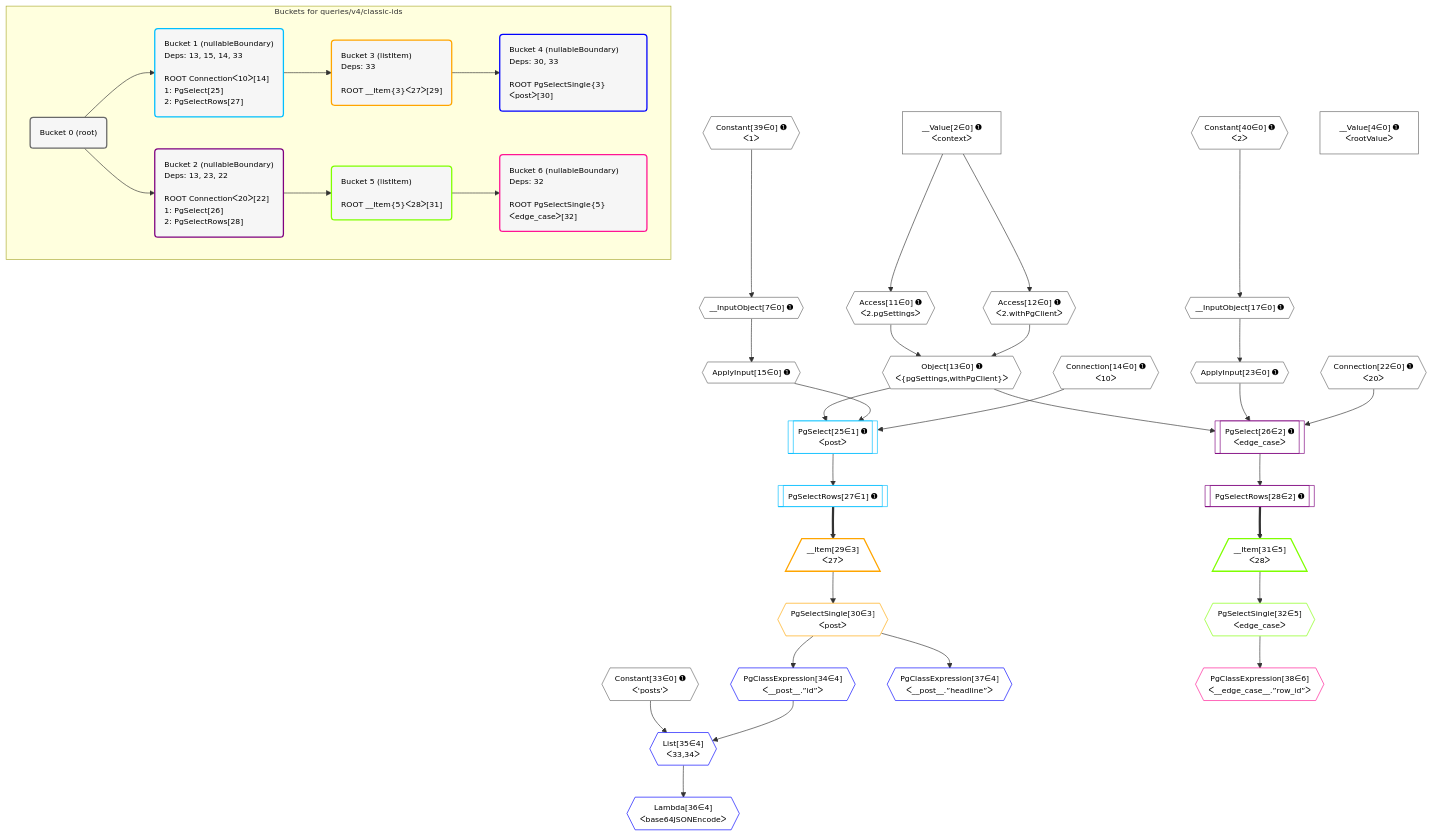
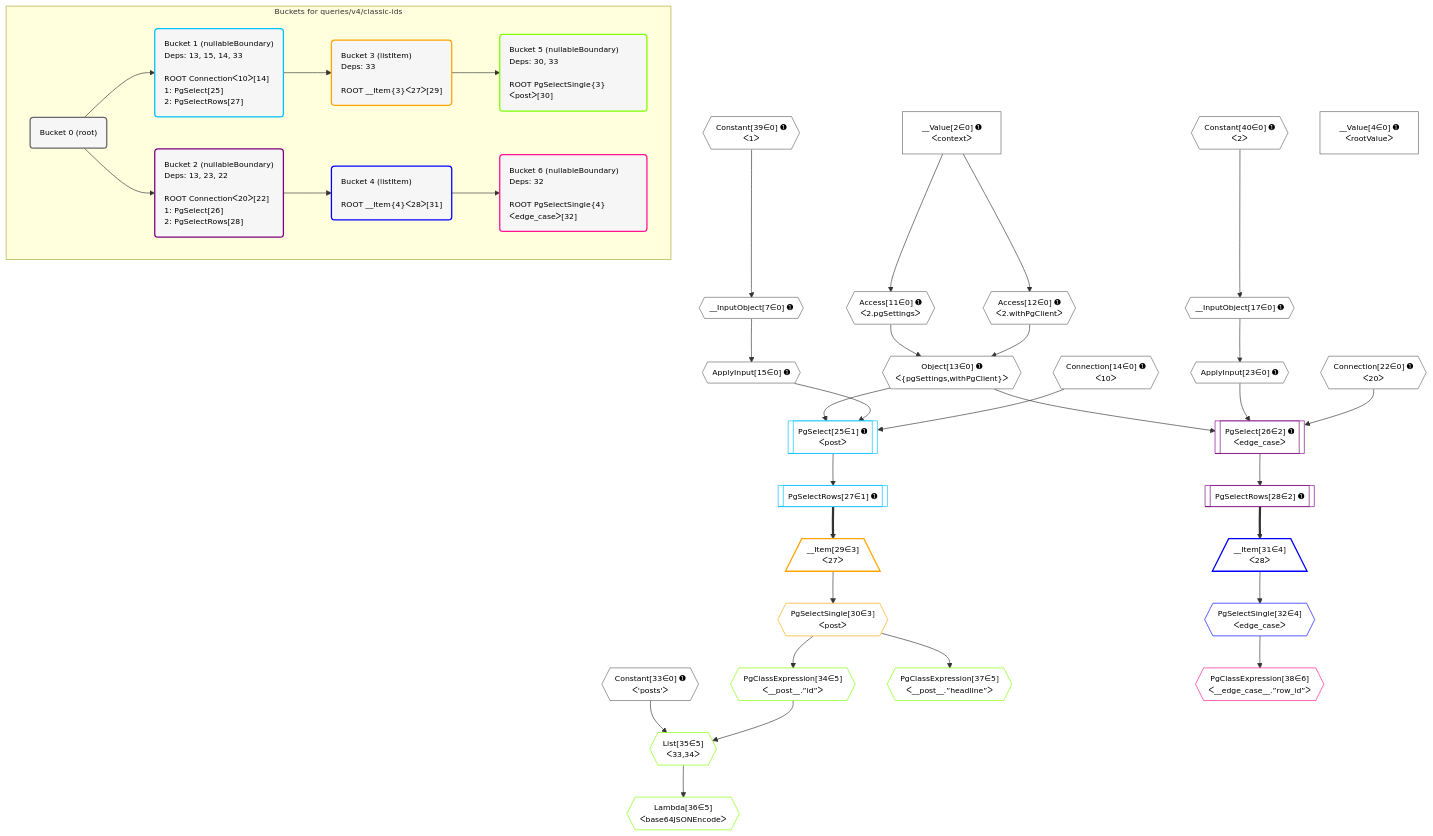
The diagram in postgraphile/postgraphile/__tests__/queries/v4/classic-ids.mermaid (graphile/crystal), drawn with Mermaid before and after one commit. The commit also changed 74 other files, not shown here.

Commit message:
More mermaid

```diff
--- a/postgraphile/postgraphile/__tests__/queries/v4/classic-ids.mermaid
+++ b/postgraphile/postgraphile/__tests__/queries/v4/classic-ids.mermaid
@@ -1,88 +1,88 @@
 %%{init: {'themeVariables': { 'fontSize': '12px'}}}%%
 graph TD
     classDef path fill:#eee,stroke:#000,color:#000
     classDef plan fill:#fff,stroke-width:1px,color:#000
     classDef itemplan fill:#fff,stroke-width:2px,color:#000
     classDef unbatchedplan fill:#dff,stroke-width:1px,color:#000
     classDef sideeffectplan fill:#fcc,stroke-width:2px,color:#000
     classDef bucket fill:#f6f6f6,color:#000,stroke-width:2px,text-align:left
 
     subgraph "Buckets for queries/v4/classic-ids"
     Bucket0("Bucket 0 (root)"):::bucket
     Bucket1("Bucket 1 (nullableBoundary)<br />Deps: 13, 15, 14, 33<br /><br />ROOT Connectionᐸ10ᐳ[14]<br />1: PgSelect[25]<br />2: PgSelectRows[27]"):::bucket
     Bucket2("Bucket 2 (nullableBoundary)<br />Deps: 13, 23, 22<br /><br />ROOT Connectionᐸ20ᐳ[22]<br />1: PgSelect[26]<br />2: PgSelectRows[28]"):::bucket
     Bucket3("Bucket 3 (listItem)<br />Deps: 33<br /><br />ROOT __Item{3}ᐸ27ᐳ[29]"):::bucket
-    Bucket4("Bucket 4 (nullableBoundary)<br />Deps: 30, 33<br /><br />ROOT PgSelectSingle{3}ᐸpostᐳ[30]"):::bucket
-    Bucket5("Bucket 5 (listItem)<br /><br />ROOT __Item{5}ᐸ28ᐳ[31]"):::bucket
-    Bucket6("Bucket 6 (nullableBoundary)<br />Deps: 32<br /><br />ROOT PgSelectSingle{5}ᐸedge_caseᐳ[32]"):::bucket
+    Bucket4("Bucket 4 (listItem)<br /><br />ROOT __Item{4}ᐸ28ᐳ[31]"):::bucket
+    Bucket5("Bucket 5 (nullableBoundary)<br />Deps: 30, 33<br /><br />ROOT PgSelectSingle{3}ᐸpostᐳ[30]"):::bucket
+    Bucket6("Bucket 6 (nullableBoundary)<br />Deps: 32<br /><br />ROOT PgSelectSingle{4}ᐸedge_caseᐳ[32]"):::bucket
     end
     Bucket0 --> Bucket1 & Bucket2
     Bucket1 --> Bucket3
-    Bucket2 --> Bucket5
-    Bucket3 --> Bucket4
-    Bucket5 --> Bucket6
+    Bucket2 --> Bucket4
+    Bucket3 --> Bucket5
+    Bucket4 --> Bucket6
 
     %% plan dependencies
     __InputObject7{{"__InputObject[7∈0] ➊"}}:::plan
     Constant39{{"Constant[39∈0] ➊<br />ᐸ1ᐳ"}}:::plan
     Constant39 --> __InputObject7
     Object13{{"Object[13∈0] ➊<br />ᐸ{pgSettings,withPgClient}ᐳ"}}:::plan
     Access11{{"Access[11∈0] ➊<br />ᐸ2.pgSettingsᐳ"}}:::plan
     Access12{{"Access[12∈0] ➊<br />ᐸ2.withPgClientᐳ"}}:::plan
     Access11 & Access12 --> Object13
     __InputObject17{{"__InputObject[17∈0] ➊"}}:::plan
     Constant40{{"Constant[40∈0] ➊<br />ᐸ2ᐳ"}}:::plan
     Constant40 --> __InputObject17
     __Value2["__Value[2∈0] ➊<br />ᐸcontextᐳ"]:::plan
     __Value2 --> Access11
     __Value2 --> Access12
     ApplyInput15{{"ApplyInput[15∈0] ➊"}}:::plan
     __InputObject7 --> ApplyInput15
     ApplyInput23{{"ApplyInput[23∈0] ➊"}}:::plan
     __InputObject17 --> ApplyInput23
     __Value4["__Value[4∈0] ➊<br />ᐸrootValueᐳ"]:::plan
     Connection14{{"Connection[14∈0] ➊<br />ᐸ10ᐳ"}}:::plan
     Connection22{{"Connection[22∈0] ➊<br />ᐸ20ᐳ"}}:::plan
     Constant33{{"Constant[33∈0] ➊<br />ᐸ'posts'ᐳ"}}:::plan
     PgSelect25[["PgSelect[25∈1] ➊<br />ᐸpostᐳ"]]:::plan
     Object13 & ApplyInput15 & Connection14 --> PgSelect25
     PgSelectRows27[["PgSelectRows[27∈1] ➊"]]:::plan
     PgSelect25 --> PgSelectRows27
     __Item29[/"__Item[29∈3]<br />ᐸ27ᐳ"\]:::itemplan
     PgSelectRows27 ==> __Item29
     PgSelectSingle30{{"PgSelectSingle[30∈3]<br />ᐸpostᐳ"}}:::plan
     __Item29 --> PgSelectSingle30
-    List35{{"List[35∈4]<br />ᐸ33,34ᐳ"}}:::plan
-    PgClassExpression34{{"PgClassExpression[34∈4]<br />ᐸ__post__.”id”ᐳ"}}:::plan
+    List35{{"List[35∈5]<br />ᐸ33,34ᐳ"}}:::plan
+    PgClassExpression34{{"PgClassExpression[34∈5]<br />ᐸ__post__.”id”ᐳ"}}:::plan
     Constant33 & PgClassExpression34 --> List35
     PgSelectSingle30 --> PgClassExpression34
-    Lambda36{{"Lambda[36∈4]<br />ᐸbase64JSONEncodeᐳ"}}:::plan
+    Lambda36{{"Lambda[36∈5]<br />ᐸbase64JSONEncodeᐳ"}}:::plan
     List35 --> Lambda36
-    PgClassExpression37{{"PgClassExpression[37∈4]<br />ᐸ__post__.”headline”ᐳ"}}:::plan
+    PgClassExpression37{{"PgClassExpression[37∈5]<br />ᐸ__post__.”headline”ᐳ"}}:::plan
     PgSelectSingle30 --> PgClassExpression37
     PgSelect26[["PgSelect[26∈2] ➊<br />ᐸedge_caseᐳ"]]:::plan
     Object13 & ApplyInput23 & Connection22 --> PgSelect26
     PgSelectRows28[["PgSelectRows[28∈2] ➊"]]:::plan
     PgSelect26 --> PgSelectRows28
-    __Item31[/"__Item[31∈5]<br />ᐸ28ᐳ"\]:::itemplan
+    __Item31[/"__Item[31∈4]<br />ᐸ28ᐳ"\]:::itemplan
     PgSelectRows28 ==> __Item31
-    PgSelectSingle32{{"PgSelectSingle[32∈5]<br />ᐸedge_caseᐳ"}}:::plan
+    PgSelectSingle32{{"PgSelectSingle[32∈4]<br />ᐸedge_caseᐳ"}}:::plan
     __Item31 --> PgSelectSingle32
     PgClassExpression38{{"PgClassExpression[38∈6]<br />ᐸ__edge_case__.”row_id”ᐳ"}}:::plan
     PgSelectSingle32 --> PgClassExpression38
 
     %% define steps
     classDef bucket0 stroke:#696969
     class Bucket0,__Value2,__Value4,__InputObject7,Access11,Access12,Object13,Connection14,ApplyInput15,__InputObject17,Connection22,ApplyInput23,Constant33,Constant39,Constant40 bucket0
     classDef bucket1 stroke:#00bfff
     class Bucket1,PgSelect25,PgSelectRows27 bucket1
     classDef bucket2 stroke:#7f007f
     class Bucket2,PgSelect26,PgSelectRows28 bucket2
     classDef bucket3 stroke:#ffa500
     class Bucket3,__Item29,PgSelectSingle30 bucket3
     classDef bucket4 stroke:#0000ff
-    class Bucket4,PgClassExpression34,List35,Lambda36,PgClassExpression37 bucket4
+    class Bucket4,__Item31,PgSelectSingle32 bucket4
     classDef bucket5 stroke:#7fff00
-    class Bucket5,__Item31,PgSelectSingle32 bucket5
+    class Bucket5,PgClassExpression34,List35,Lambda36,PgClassExpression37 bucket5
     classDef bucket6 stroke:#ff1493
     class Bucket6,PgClassExpression38 bucket6
```
